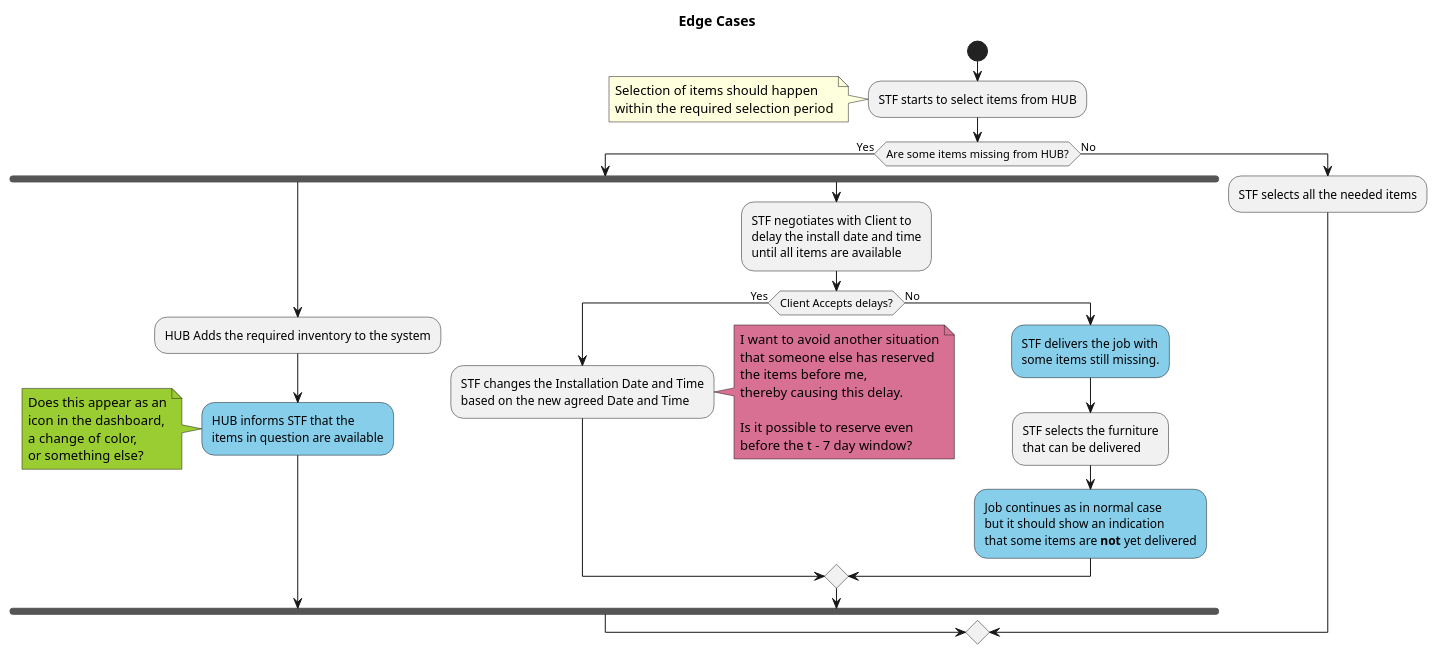
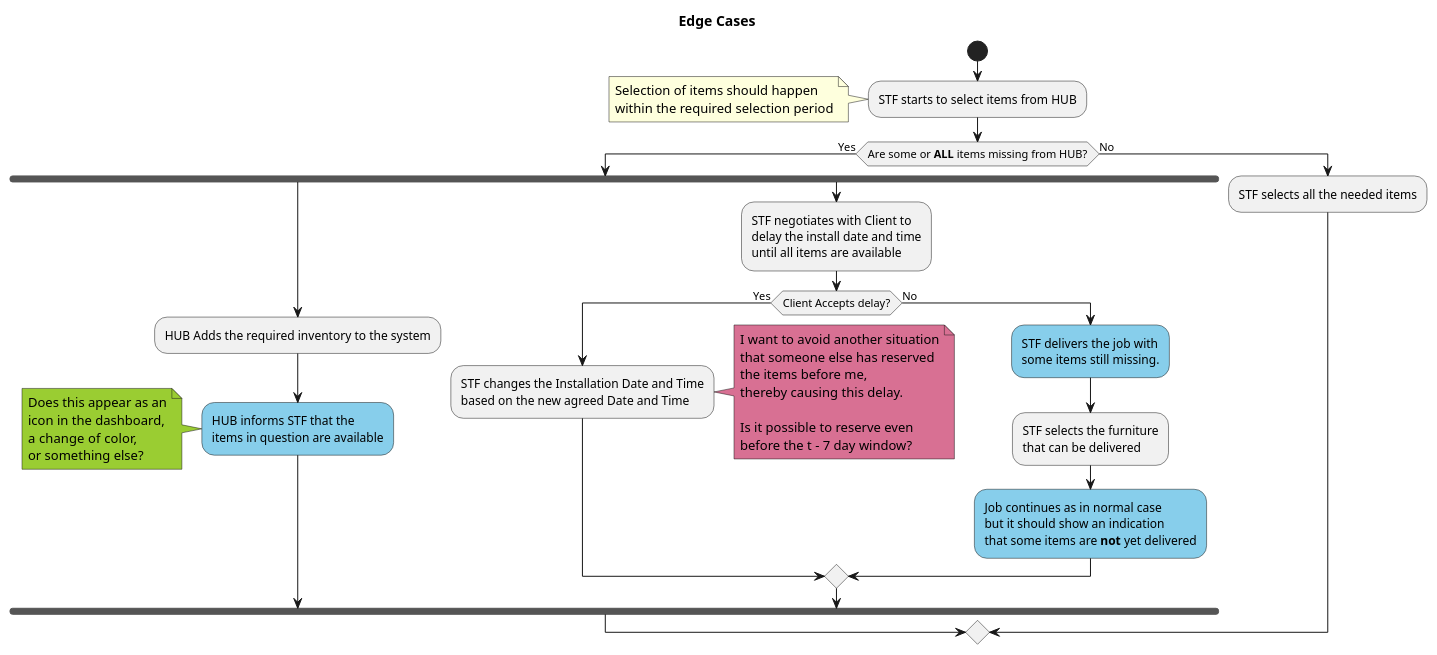
The diagram in EdgeCases/Edge_LackOfAvailableInventory.pu (jpgacrama/NovariSpecs), drawn with PlantUML before and after one commit.

Commit message:
Edge Cases: Combined some and all items missing to the flow

```diff
--- a/EdgeCases/Edge_LackOfAvailableInventory.pu
+++ b/EdgeCases/Edge_LackOfAvailableInventory.pu
@@ -5,57 +5,57 @@
 @startuml
     title Edge Cases
     start
     
     :STF starts to select items from HUB;
     note
         Selection of items should happen
         within the required selection period
     end note
 
-    if (Are some items missing from HUB?) then (Yes)
+    if (Are some or **ALL** items missing from HUB?) then (Yes)
         fork
             :HUB Adds the required inventory to the system;
             #SkyBlue:HUB informs STF that the
             items in question are available;
             note #YellowGreen
                 Does this appear as an
                 icon in the dashboard,
                 a change of color, 
                 or something else?
             end note
         fork again
             :STF negotiates with Client to
             delay the install date and time
             until all items are available;
 
-            if (Client Accepts delays?) then (Yes)
+            if (Client Accepts delay?) then (Yes)
                 :STF changes the Installation Date and Time
                 based on the new agreed Date and Time;
 
                 note right #PaleVioletRed
                     I want to avoid another situation
                     that someone else has reserved
                     the items before me,
                     thereby causing this delay.
 
                     Is it possible to reserve even
                     before the t - 7 day window?
                 end note
             else (No)
                 #SkyBlue:STF delivers the job with
                 some items still missing.;
 
                 :STF selects the furniture
                 that can be delivered;
 
                 #SkyBlue:Job continues as in normal case
                 but it should show an indication
                 that some items are **not** yet delivered;
             endif
         end fork
 
     else (No)
         :STF selects all the needed items;
     endif
 
 @enduml
```
